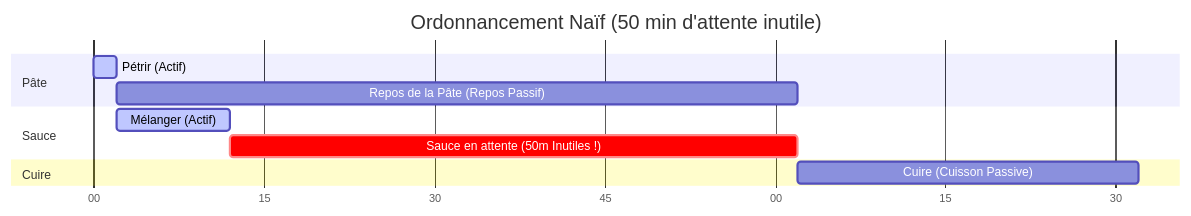
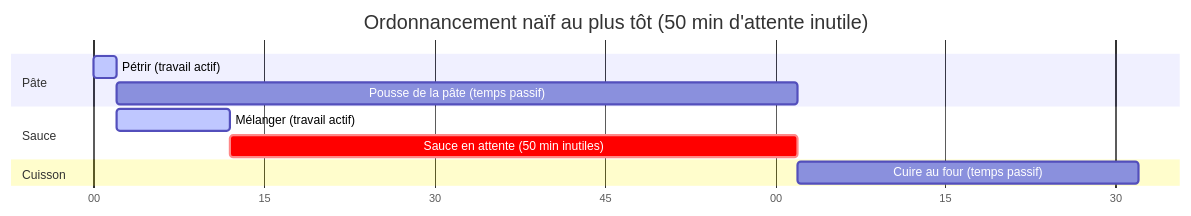
Before and after one commit to gram-lang/gram: the first of 5 diagrams in packages/docs/src/content/docs/fr/docs/explanation/alap-scheduling.mdx, drawn with Mermaid. The commit also changed other lines of this file and 126 other files, not shown here.

````diff
--- a/packages/docs/src/content/docs/fr/docs/explanation/alap-scheduling.mdx
+++ b/packages/docs/src/content/docs/fr/docs/explanation/alap-scheduling.mdx
@@ -26,17 +27,17 @@
 ```mermaid
 gantt
-    title Ordonnancement Naïf (50 min d'attente inutile)
+    title Ordonnancement naïf au plus tôt (50 min d'attente inutile)
     dateFormat  m
     axisFormat %M
     
     section Pâte
-    Pétrir (Actif)                      : active, a1, 0, 2m
-    Repos de la Pâte (Repos Passif)     : a2, after a1, 60m
+    Pétrir (travail actif)              : active, a1, 0, 2m
+    Pousse de la pâte (temps passif)    : a2, after a1, 60m
     
     section Sauce
-    Mélanger (Actif)                    : active, a3, after a1, 10m
-    Sauce en attente (50m Inutiles !)   : crit, a4, after a3, 50m
+    Mélanger (travail actif)            : active, a3, after a1, 10m
+    Sauce en attente (50 min inutiles)  : crit, a4, after a3, 50m
     
-    section Cuire
-    Cuire (Cuisson Passive)             : a5, after a2, 30m
+    section Cuisson
+    Cuire au four (temps passif)        : a5, after a2, 30m
 ```
````
